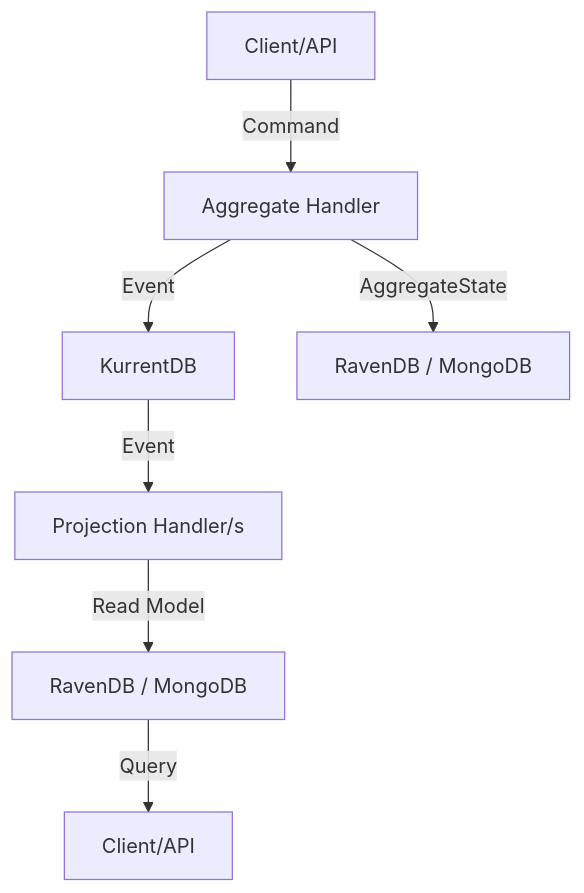
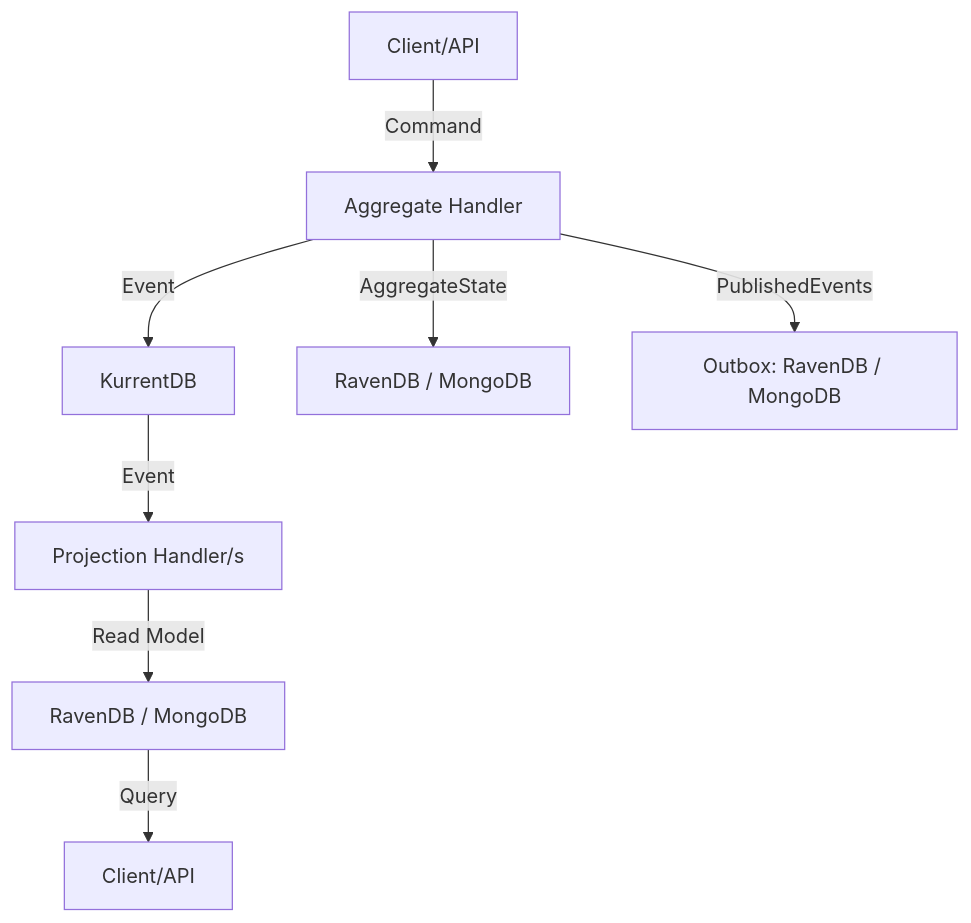
One commit to si-informational-systems/Rosetta changed the diagram in README.md. Above: the diagram before and after it, drawn with Mermaid. The commit also changed other lines of this file and 22 other files, not shown here.

````diff
--- a/README.md
+++ b/README.md
@@ -52,9 +54,10 @@
 ```mermaid
 graph TD
     A[Client/API] -->|Command| B[Aggregate Handler]
     B -->|Event| C[KurrentDB]
     B -->|AggregateState| G[RavenDB / MongoDB]
+    B -->|PublishedEvents| H[Outbox: RavenDB / MongoDB]
     C -->|Event| D[Projection Handler/s]
     D -->|Read Model| E[RavenDB / MongoDB]
     E -->|Query| F[Client/API]
 ```
````
